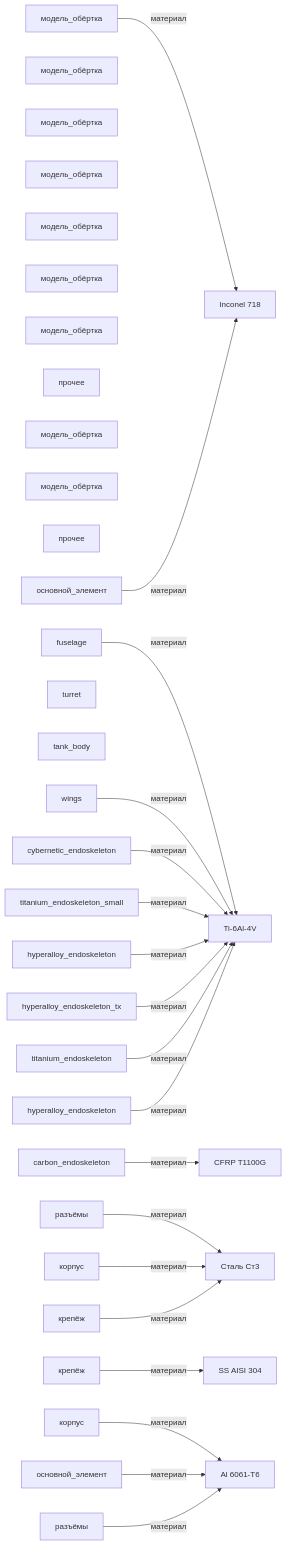
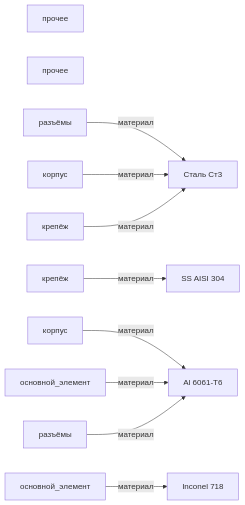
Before and after one commit to a-m-e-n-t-e-t/SkyNet: the diagram in graphs/mermaid/graph1_каркас.md, drawn with Mermaid. The commit also changed other lines of this file and 182 other files, not shown here.

````diff
--- a/graphs/mermaid/graph1_каркас.md
+++ b/graphs/mermaid/graph1_каркас.md
@@ -3,57 +3,25 @@
 ```mermaid
 graph LR
-    izdelie_SkyNet_HKAerial[модель_обёртка]
-    izdelie_SkyNet_HKTank[модель_обёртка]
-    izdelie_SkyNet_MarcusWright[модель_обёртка]
-    izdelie_SkyNet_Rev9[модель_обёртка]
-    izdelie_SkyNet_Cameron[модель_обёртка]
-    izdelie_SkyNet_T850[модель_обёртка]
-    izdelie_SkyNet_TX[модель_обёртка]
     izdelie_kompensatory[прочее]
-    izdelie_SkyNet_T600[модель_обёртка]
-    izdelie_SkyNet_T800[модель_обёртка]
     izdelie_reshetchatyi_karkas[прочее]
-    часть_hk_aerial_фюзеляж[fuselage]
-    часть_hk_aerial_крылья[wings]
-    часть_hk_tank_башня[turret]
-    часть_hk_tank_корпус[tank_body]
-    часть_marcus_эндоскелет[cybernetic_endoskeleton]
-    часть_rev9_endoskeleton[carbon_endoskeleton]
-    часть_cameron_эндоскелет[titanium_endoskeleton_small]
-    часть_t850_эндоскелет[hyperalloy_endoskeleton]
-    часть_t_x_эндоскелет[hyperalloy_endoskeleton_tx]
     часть_kompensatory_connectors[разъёмы]
     часть_kompensatory_mounting[крепёж]
     часть_kompensatory_housing[корпус]
     часть_kompensatory_core[основной_элемент]
-    часть_t600_эндоскелет[titanium_endoskeleton]
-    часть_t800_эндоскелет_торс[hyperalloy_endoskeleton]
     часть_reshetchatyi_karkas_housing[корпус]
     часть_reshetchatyi_karkas_core[основной_элемент]
     часть_reshetchatyi_karkas_connectors[разъёмы]
     часть_reshetchatyi_karkas_mounting[крепёж]
     material_al_6061_t6[Al 6061-T6]
-    material_cfrp_t1100g[CFRP T1100G]
     material_inconel_718[Inconel 718]
     material_ss_aisi_304[SS AISI 304]
     material_stal_st3[Сталь Ст3]
-    material_ti_6al_4v[Ti-6Al-4V]
-    izdelie_SkyNet_HKAerial -->|материал| material_inconel_718
-    часть_hk_aerial_фюзеляж -->|материал| material_ti_6al_4v
-    часть_hk_aerial_крылья -->|материал| material_ti_6al_4v
-    часть_marcus_эндоскелет -->|материал| material_ti_6al_4v
-    часть_rev9_endoskeleton -->|материал| material_cfrp_t1100g
-    часть_cameron_эндоскелет -->|материал| material_ti_6al_4v
-    часть_t850_эндоскелет -->|материал| material_ti_6al_4v
-    часть_t_x_эндоскелет -->|материал| material_ti_6al_4v
     часть_kompensatory_connectors -->|материал| material_stal_st3
     часть_kompensatory_mounting -->|материал| material_ss_aisi_304
     часть_kompensatory_housing -->|материал| material_al_6061_t6
     часть_kompensatory_core -->|материал| material_inconel_718
-    часть_t600_эндоскелет -->|материал| material_ti_6al_4v
-    часть_t800_эндоскелет_торс -->|материал| material_ti_6al_4v
     часть_reshetchatyi_karkas_housing -->|материал| material_stal_st3
     часть_reshetchatyi_karkas_core -->|материал| material_al_6061_t6
     часть_reshetchatyi_karkas_connectors -->|материал| material_al_6061_t6
     часть_reshetchatyi_karkas_mounting -->|материал| material_stal_st3
 ```
````
